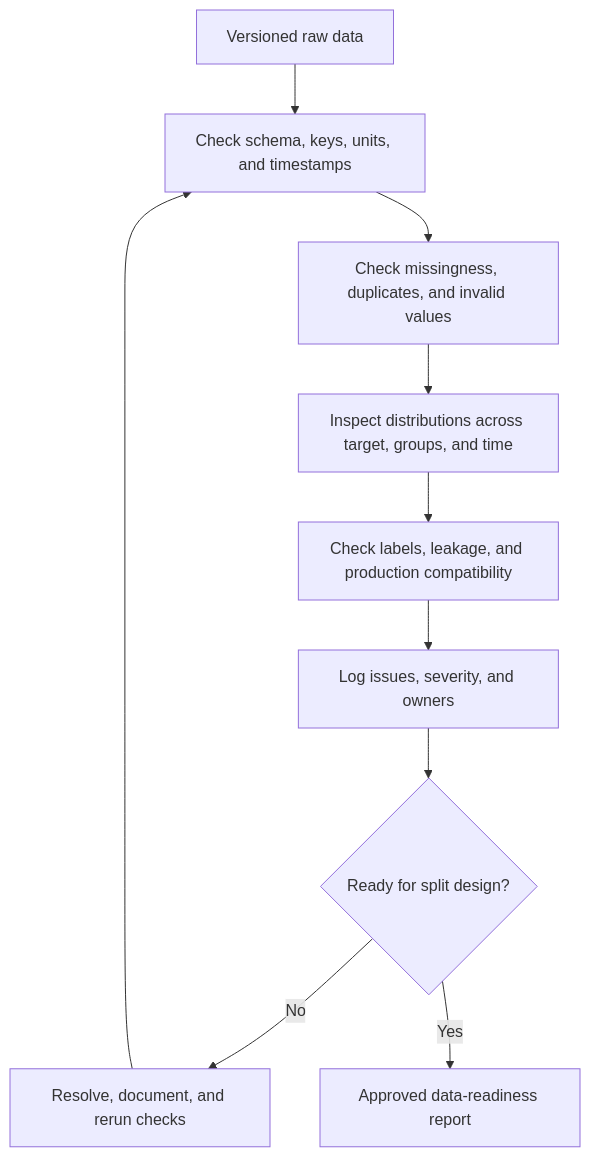
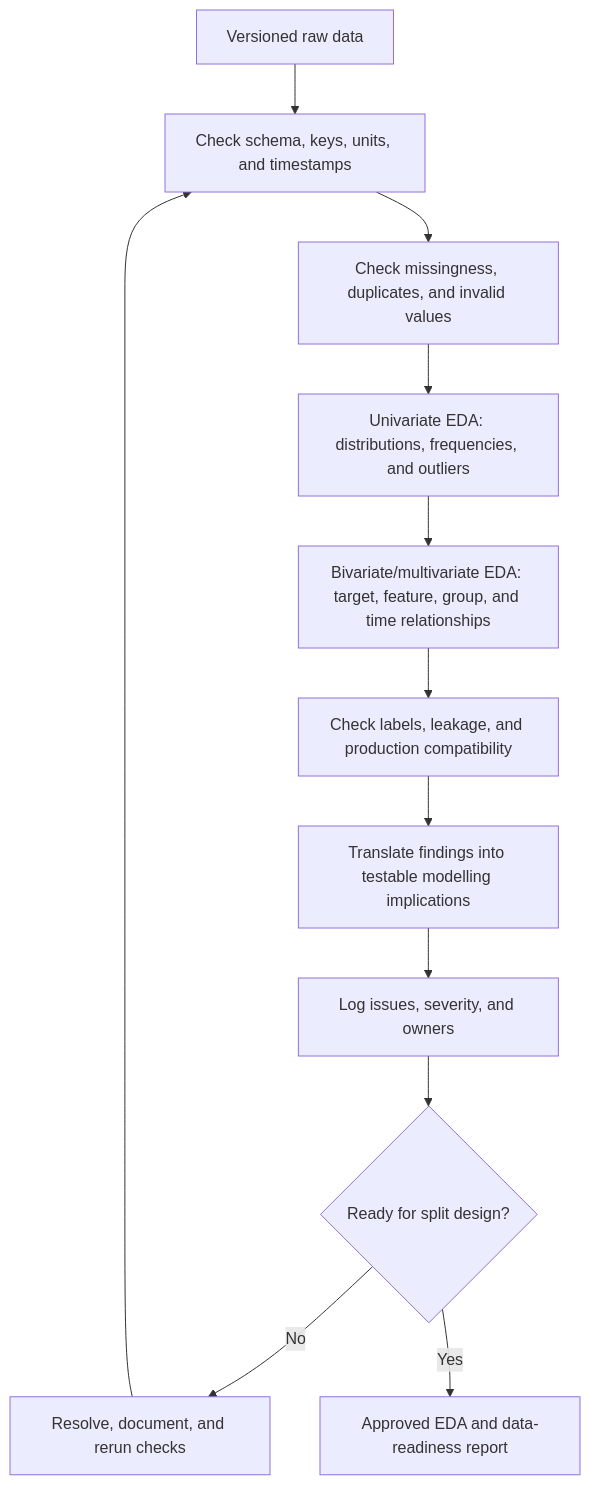
The diagram in Machine Learning tổng/machine_learning_lifecycle_phases/03_data_understanding_and_validation.md (s4126139/machine-learning), drawn with Mermaid before and after one commit. The commit also changed other lines of this file and 4 other files, not shown here.

````diff
--- a/Machine Learning tổng/machine_learning_lifecycle_phases/03_data_understanding_and_validation.md
+++ b/Machine Learning tổng/machine_learning_lifecycle_phases/03_data_understanding_and_validation.md
@@ -9,12 +26,14 @@
 ```mermaid
 flowchart TD
     A["Versioned raw data"] --> B["Check schema, keys, units, and timestamps"]
     B --> C["Check missingness, duplicates, and invalid values"]
-    C --> D["Inspect distributions across target, groups, and time"]
-    D --> E["Check labels, leakage, and production compatibility"]
-    E --> F["Log issues, severity, and owners"]
-    F --> G{"Ready for split design?"}
-    G -->|No| H["Resolve, document, and rerun checks"]
-    H --> B
-    G -->|Yes| I["Approved data-readiness report"]
+    C --> D["Univariate EDA: distributions, frequencies, and outliers"]
+    D --> E["Bivariate/multivariate EDA: target, feature, group, and time relationships"]
+    E --> F["Check labels, leakage, and production compatibility"]
+    F --> G["Translate findings into testable modelling implications"]
+    G --> H["Log issues, severity, and owners"]
+    H --> I{"Ready for split design?"}
+    I -->|No| J["Resolve, document, and rerun checks"]
+    J --> B
+    I -->|Yes| K["Approved EDA and data-readiness report"]
 ```
````
